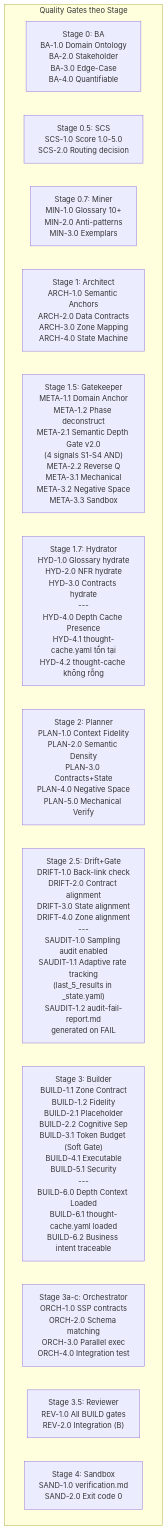
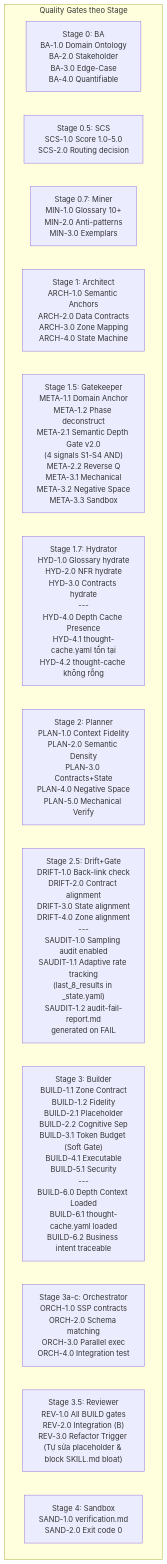
One commit to vuthuonghai-steve/WASHVN changed the diagram in Temps/clean/quality-gates-matrix.md. Above: the diagram before and after it, drawn with Mermaid. The commit also changed 57 other files, not shown here.

````diff
--- a/Temps/clean/quality-gates-matrix.md
+++ b/Temps/clean/quality-gates-matrix.md
@@ -16,17 +16,17 @@
 ```mermaid
 graph TD
     subgraph GATES["Quality Gates theo Stage"]
         G0["Stage 0: BA<br/>BA-1.0 Domain Ontology<br/>BA-2.0 Stakeholder<br/>BA-3.0 Edge-Case<br/>BA-4.0 Quantifiable"]
         G05["Stage 0.5: SCS<br/>SCS-1.0 Score 1.0-5.0<br/>SCS-2.0 Routing decision"]
         G07["Stage 0.7: Miner<br/>MIN-1.0 Glossary 10+<br/>MIN-2.0 Anti-patterns<br/>MIN-3.0 Exemplars"]
         G1["Stage 1: Architect<br/>ARCH-1.0 Semantic Anchors<br/>ARCH-2.0 Data Contracts<br/>ARCH-3.0 Zone Mapping<br/>ARCH-4.0 State Machine"]
         G15["Stage 1.5: Gatekeeper<br/>META-1.1 Domain Anchor<br/>META-1.2 Phase deconstruct<br/>META-2.1 Semantic Depth Gate v2.0<br/>(4 signals S1-S4 AND)<br/>META-2.2 Reverse Q<br/>META-3.1 Mechanical<br/>META-3.2 Negative Space<br/>META-3.3 Sandbox"]
         G17["Stage 1.7: Hydrator<br/>HYD-1.0 Glossary hydrate<br/>HYD-2.0 NFR hydrate<br/>HYD-3.0 Contracts hydrate<br/>---<br/>HYD-4.0 Depth Cache Presence<br/>HYD-4.1 thought-cache.yaml tồn tại<br/>HYD-4.2 thought-cache không rỗng"]
         G2["Stage 2: Planner<br/>PLAN-1.0 Context Fidelity<br/>PLAN-2.0 Semantic Density<br/>PLAN-3.0 Contracts+State<br/>PLAN-4.0 Negative Space<br/>PLAN-5.0 Mechanical Verify"]
-        G25["Stage 2.5: Drift+Gate<br/>DRIFT-1.0 Back-link check<br/>DRIFT-2.0 Contract alignment<br/>DRIFT-3.0 State alignment<br/>DRIFT-4.0 Zone alignment<br/>---<br/>SAUDIT-1.0 Sampling audit enabled<br/>SAUDIT-1.1 Adaptive rate tracking<br/>(last_5_results in _state.yaml)<br/>SAUDIT-1.2 audit-fail-report.md<br/>generated on FAIL"]
+        G25["Stage 2.5: Drift+Gate<br/>DRIFT-1.0 Back-link check<br/>DRIFT-2.0 Contract alignment<br/>DRIFT-3.0 State alignment<br/>DRIFT-4.0 Zone alignment<br/>---<br/>SAUDIT-1.0 Sampling audit enabled<br/>SAUDIT-1.1 Adaptive rate tracking<br/>(last_8_results in _state.yaml)<br/>SAUDIT-1.2 audit-fail-report.md<br/>generated on FAIL"]
         G3["Stage 3: Builder<br/>BUILD-1.1 Zone Contract<br/>BUILD-1.2 Fidelity<br/>BUILD-2.1 Placeholder<br/>BUILD-2.2 Cognitive Sep<br/>BUILD-3.1 Token Budget (Soft Gate)<br/>BUILD-4.1 Executable<br/>BUILD-5.1 Security<br/>---<br/>BUILD-6.0 Depth Context Loaded<br/>BUILD-6.1 thought-cache.yaml loaded<br/>BUILD-6.2 Business intent traceable"]
         G3B["Stage 3a-c: Orchestrator<br/>ORCH-1.0 SSP contracts<br/>ORCH-2.0 Schema matching<br/>ORCH-3.0 Parallel exec<br/>ORCH-4.0 Integration test"]
-        G35["Stage 3.5: Reviewer<br/>REV-1.0 All BUILD gates<br/>REV-2.0 Integration (B)"]
+        G35["Stage 3.5: Reviewer<br/>REV-1.0 All BUILD gates<br/>REV-2.0 Integration (B)<br/>REV-3.0 Refactor Trigger (Tự sửa placeholder & block SKILL.md bloat)"]
         G4["Stage 4: Sandbox<br/>SAND-1.0 verification.md<br/>SAND-2.0 Exit code 0"]
     end
 ```
````
